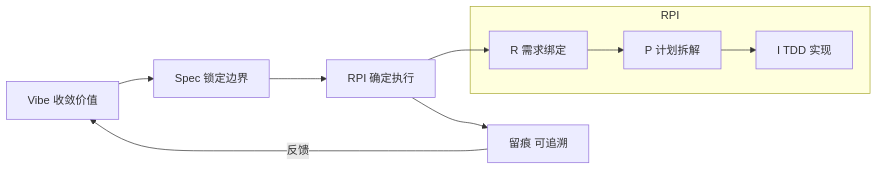
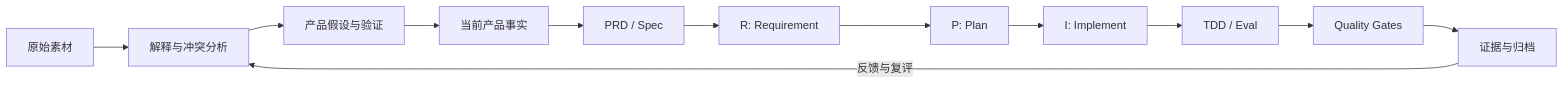
Before and after one commit to inkeds/rpi-workflow: the diagram in README.md, drawn with Mermaid. The commit also changed other lines of this file and 1 other file, not shown here.

````diff
--- a/README.md
+++ b/README.md
@@ -481,14 +172,14 @@
 ```mermaid
-graph LR
-    A[Vibe 收敛价值] --> B[Spec 锁定边界]
-    B --> C[RPI 确定执行]
-    C --> D[留痕 可追溯]
-    D -->|反馈| A
-
-    subgraph RPI
-        C1[R 需求绑定] --> C2[P 计划拆解]
-        C2 --> C3[I TDD 实现]
-    end
-
-    C --> C1
+flowchart LR
+    A[原始素材] --> B[解释与冲突分析]
+    B --> C[产品假设与验证]
+    C --> D[当前产品事实]
+    D --> E[PRD / Spec]
+    E --> F[R: Requirement]
+    F --> G[P: Plan]
+    G --> H[I: Implement]
+    H --> I[TDD / Eval]
+    I --> J[Quality Gates]
+    J --> K[证据与归档]
+    K -->|反馈与复评| B
 ```
````
